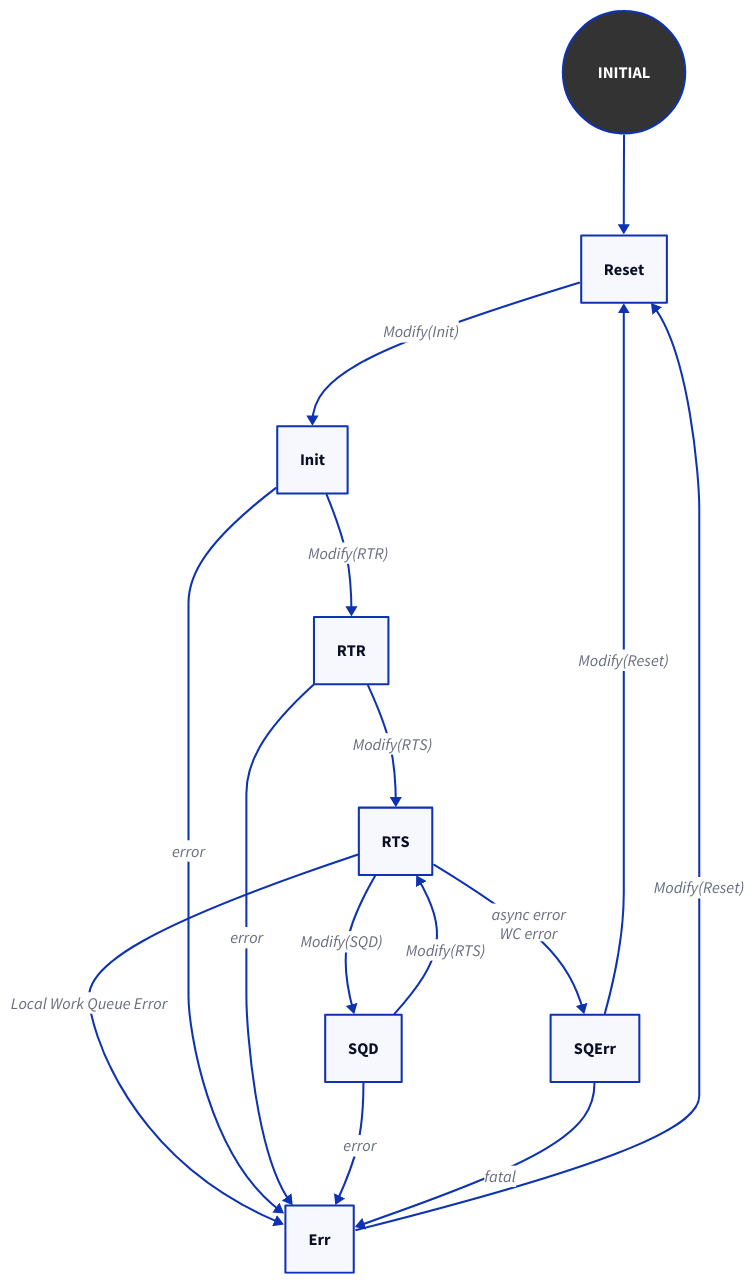
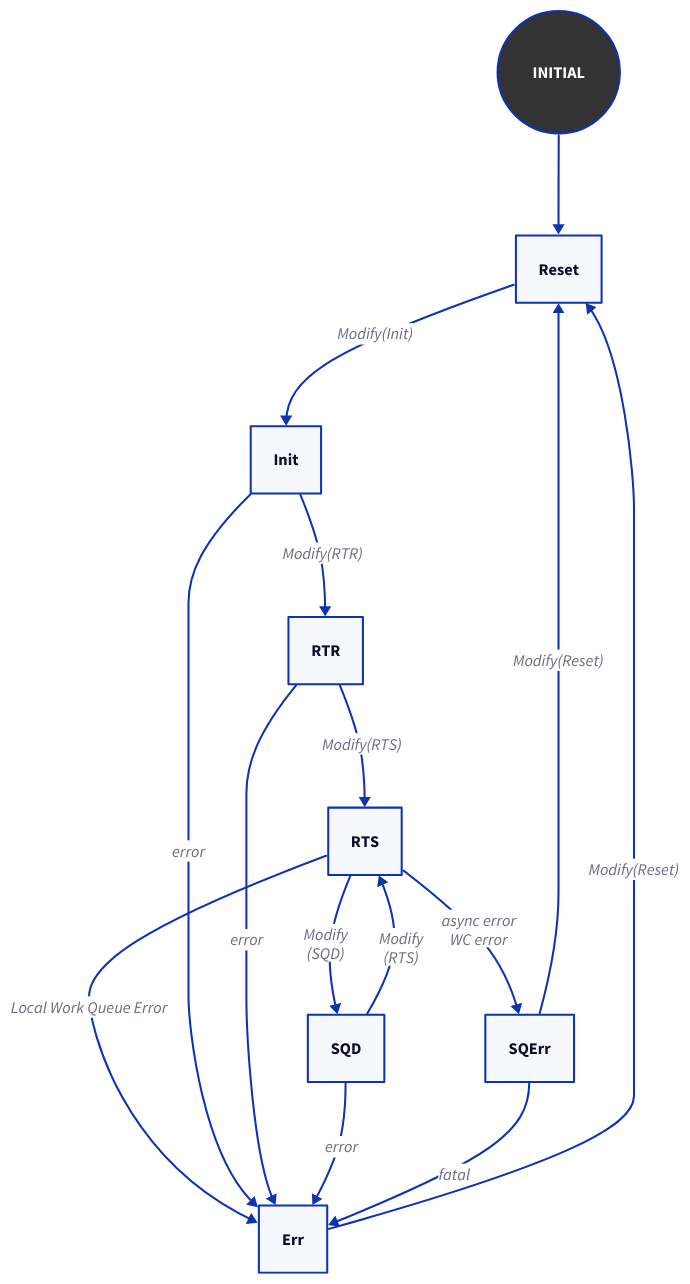
The third of 4 diagrams in starlight_site/src/content/docs/rdma/04_service_types_qp.md (humbleowl39/DV_SKOOL), drawn with D2 before and after one commit. The commit also changed 714 other files, not shown here.

First line of the commit message:
fix(site): d2 다이어그램 가독성 결함 6종 일괄 수정

````diff
--- a/starlight_site/src/content/docs/rdma/04_service_types_qp.md
+++ b/starlight_site/src/content/docs/rdma/04_service_types_qp.md
@@ -258,19 +258,19 @@
 ```d2
 direction: down
 
 INITIAL { shape: circle; style.fill: "#333"; style.font-color: "#FFFFFF" }
 INITIAL -> Reset
 Reset -> Init: "Modify(Init)"
 Init -> RTR: "Modify(RTR)"
 RTR -> RTS: "Modify(RTS)"
-RTS -> SQD: "Modify(SQD)"
-SQD -> RTS: "Modify(RTS)"
+RTS -> SQD: "Modify\n(SQD)"
+SQD -> RTS: "Modify\n(RTS)"
 RTS -> SQErr: "async error\nWC error"
 RTS -> Err: "Local Work Queue Error"
 Init -> Err: "error"
 RTR -> Err: "error"
 SQD -> Err: "error"
 SQErr -> Err: "fatal"
 Err -> Reset: "Modify(Reset)"
 SQErr -> Reset: "Modify(Reset)"
 ```
````
